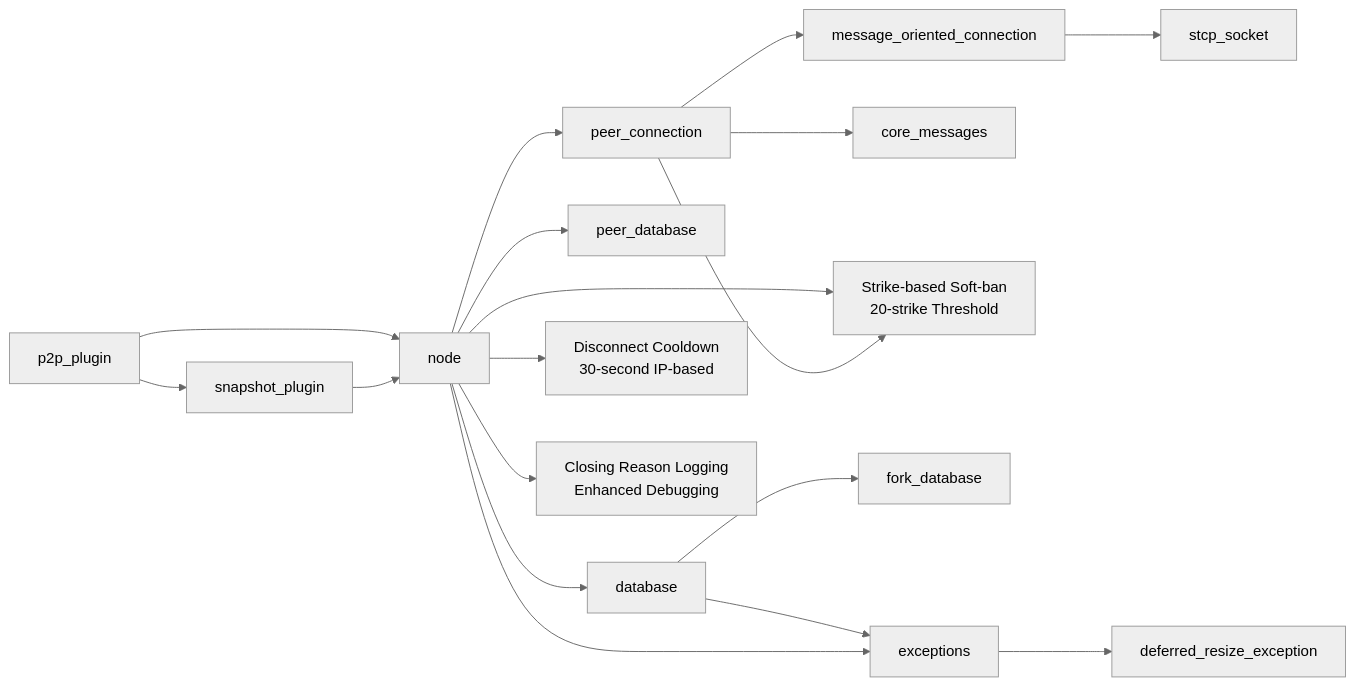
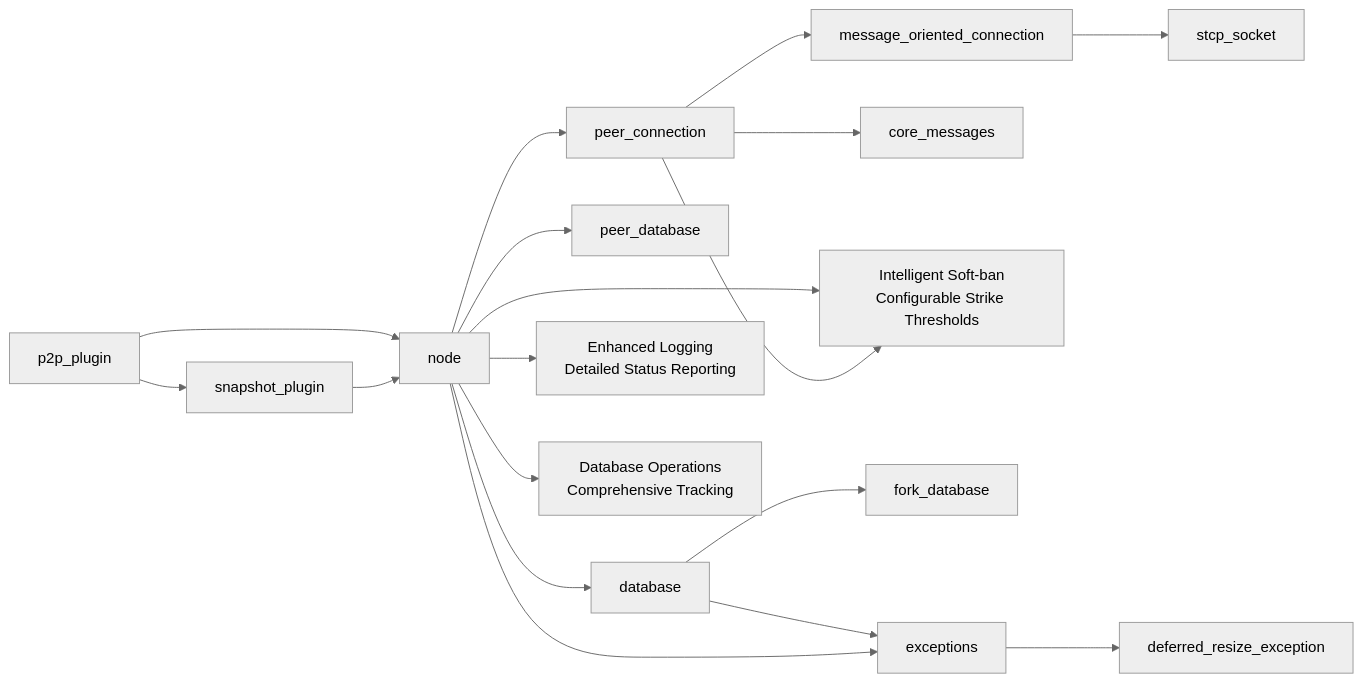
Before and after one commit to VIZ-Blockchain/viz-cpp-node: diagram 13 of 13 in .qoder/repowiki/en/content/Architecture Overview/Core Libraries/Network Library/Peer Connection Management.md, drawn with Mermaid (neutral theme). The commit also changed other lines of this file and 4 other files, not shown here.

````diff
--- a/.qoder/repowiki/en/content/Architecture Overview/Core Libraries/Network Library/Peer Connection Management.md
+++ b/.qoder/repowiki/en/content/Architecture Overview/Core Libraries/Network Library/Peer Connection Management.md
@@ -729,20 +695,20 @@
 ```mermaid
 graph LR
 PC["peer_connection"] --> MOC["message_oriented_connection"]
 MOC --> STCP["stcp_socket"]
 PC --> CM["core_messages"]
 N["node"] --> PC
 N --> PD["peer_database"]
 N --> DB["database"]
-N --> DC["Disconnect Cooldown<br/>30-second IP-based"]
-N --> CR["Closing Reason Logging<br/>Enhanced Debugging"]
-N --> STR["Strike-based Soft-ban<br/>20-strike Threshold"]
+N --> SB["Intelligent Soft-ban<br/>Configurable Strike Thresholds"]
+N --> CR["Enhanced Logging<br/>Detailed Status Reporting"]
+N --> DBOPS["Database Operations<br/>Comprehensive Tracking"]
 P2P["p2p_plugin"] --> N
 P2P --> SNAP["snapshot_plugin"]
 SNAP --> N
 DB --> FD["fork_database"]
 DB --> EX["exceptions"]
 N --> EX
 EX --> DR["deferred_resize_exception"]
-PC --> STR
+PC --> SB
 ```
````
